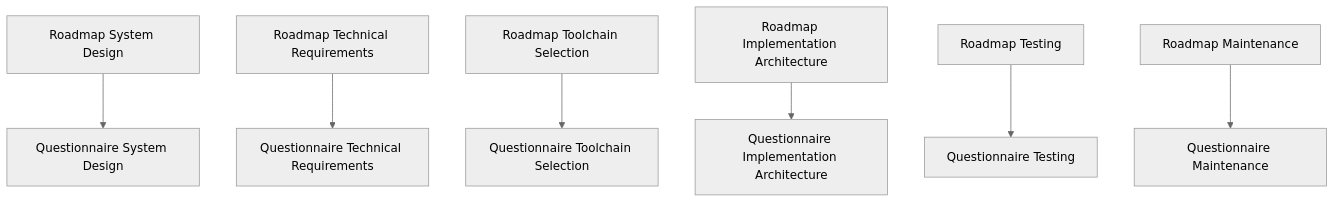
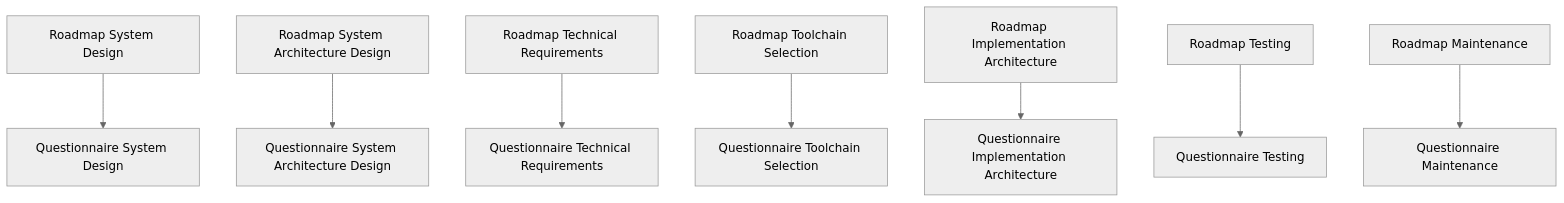
The second of 3 diagrams in docs/00_maps/Documentation_Map.md (Mvil34998/Programming-Digital-Systems), drawn with Mermaid (neutral theme) before and after one commit. The commit also changed other lines of this file, not shown here.

Commit message:
Add system architecture design to documentation map

````diff
--- a/docs/00_maps/Documentation_Map.md
+++ b/docs/00_maps/Documentation_Map.md
@@ -241,9 +248,10 @@
 ```mermaid
 flowchart TD
     R1[Roadmap System Design] --> Q1[Questionnaire System Design]
-    R2[Roadmap Technical Requirements] --> Q2[Questionnaire Technical Requirements]
-    R3[Roadmap Toolchain Selection] --> Q3[Questionnaire Toolchain Selection]
-    R4[Roadmap Implementation Architecture] --> Q4[Questionnaire Implementation Architecture]
-    R5[Roadmap Testing] --> Q5[Questionnaire Testing]
-    R6[Roadmap Maintenance] --> Q6[Questionnaire Maintenance]
+    R2[Roadmap System Architecture Design] --> Q2[Questionnaire System Architecture Design]
+    R3[Roadmap Technical Requirements] --> Q3[Questionnaire Technical Requirements]
+    R4[Roadmap Toolchain Selection] --> Q4[Questionnaire Toolchain Selection]
+    R5[Roadmap Implementation Architecture] --> Q5[Questionnaire Implementation Architecture]
+    R6[Roadmap Testing] --> Q6[Questionnaire Testing]
+    R7[Roadmap Maintenance] --> Q7[Questionnaire Maintenance]
 ```
````
